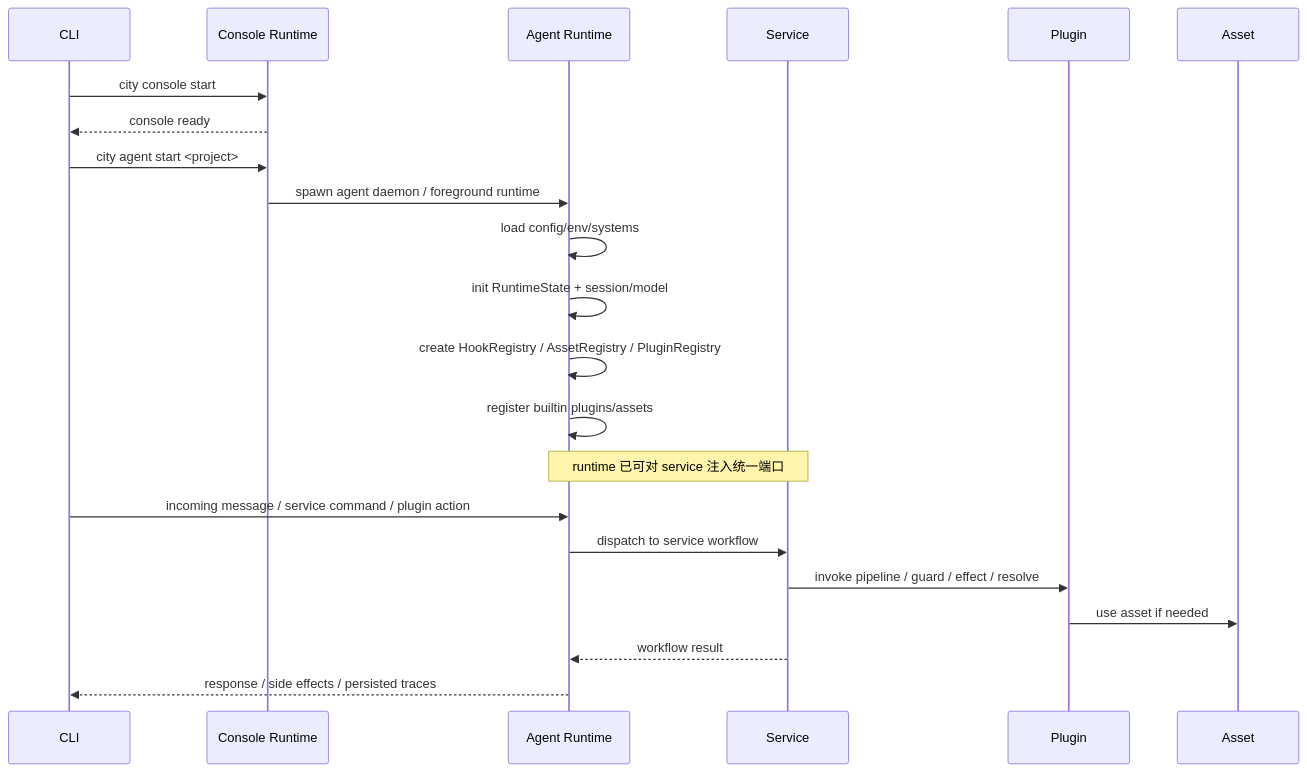
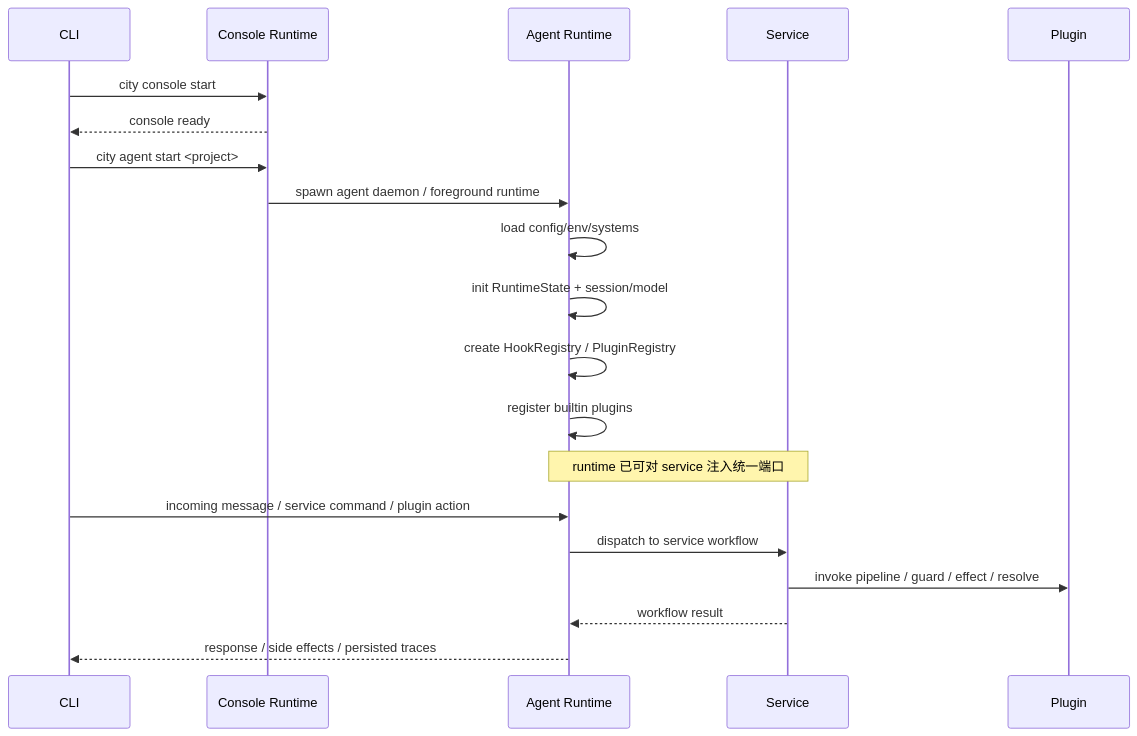
The third of 6 diagrams in homepage/content/devdocs/zh/package/runtime-and-services.mdx (wangenius/downcity), drawn with Mermaid before and after one commit. The commit also changed other lines of this file and 92 other files, not shown here.

````diff
--- a/homepage/content/devdocs/zh/package/runtime-and-services.mdx
+++ b/homepage/content/devdocs/zh/package/runtime-and-services.mdx
@@ -206,28 +201,26 @@
 ```mermaid
 sequenceDiagram
   participant CLI as CLI
   participant Console as Console Runtime
   participant Agent as Agent Runtime
   participant S as Service
   participant P as Plugin
-  participant A as Asset
 
   CLI->>Console: city console start
   Console-->>CLI: console ready
 
   CLI->>Console: city agent start <project>
   Console->>Agent: spawn agent daemon / foreground runtime
   Agent->>Agent: load config/env/systems
   Agent->>Agent: init RuntimeState + session/model
-  Agent->>Agent: create HookRegistry / AssetRegistry / PluginRegistry
-  Agent->>Agent: register builtin plugins/assets
+  Agent->>Agent: create HookRegistry / PluginRegistry
+  Agent->>Agent: register builtin plugins
 
   Note over Agent,S: runtime 已可对 service 注入统一端口
 
   CLI->>Agent: incoming message / service command / plugin action
   Agent->>S: dispatch to service workflow
   S->>P: invoke pipeline / guard / effect / resolve
-  P->>A: use asset if needed
   S-->>Agent: workflow result
   Agent-->>CLI: response / side effects / persisted traces
 ```
````
